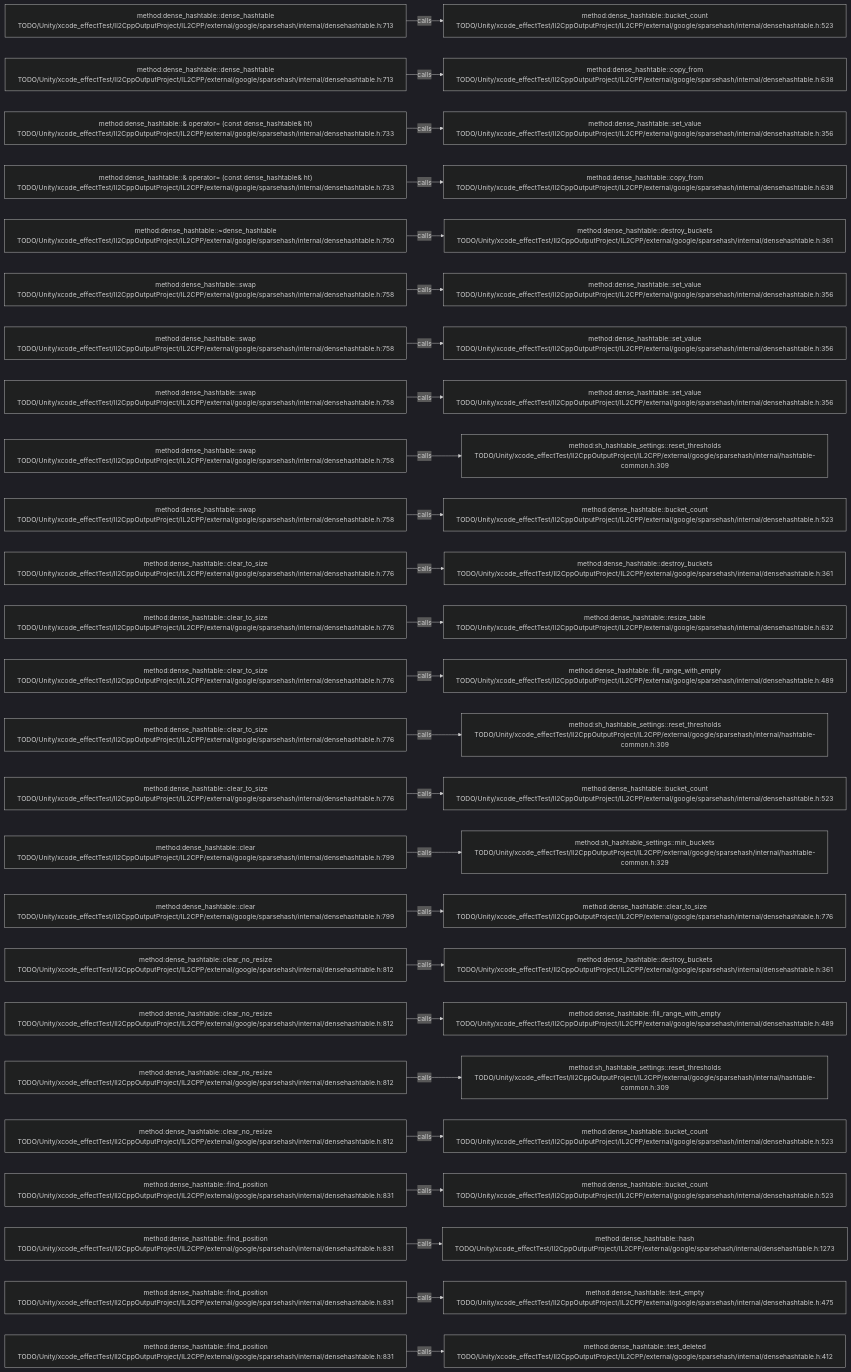
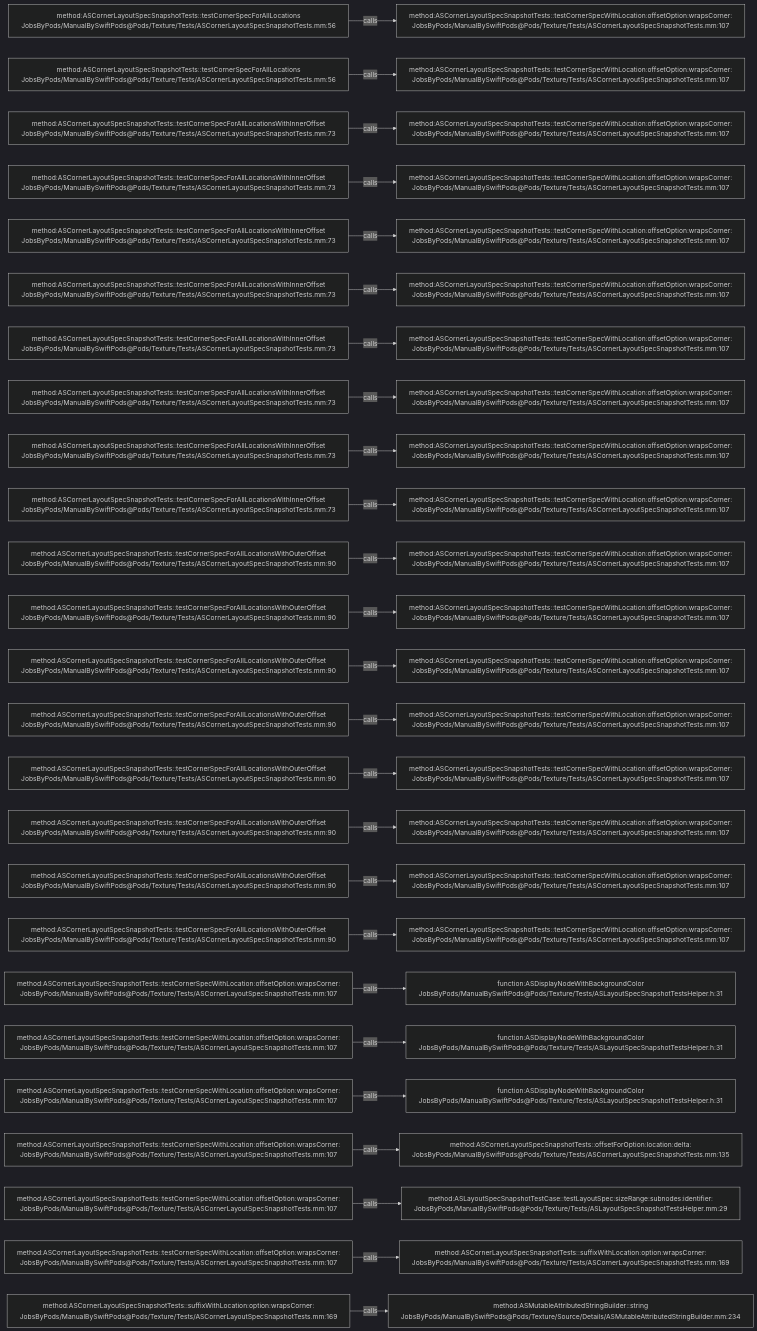
One commit to JobsKits/JobsSwiftBaseConfigDemo changed the diagram in .codegraph/codegraph.md/graphs/calls-196.md. Above: the diagram before and after it, drawn with Mermaid (dark theme). The commit also changed 2959 other files, not shown here.

````diff
--- a/.codegraph/codegraph.md/graphs/calls-196.md
+++ b/.codegraph/codegraph.md/graphs/calls-196.md
@@ -13,78 +13,78 @@
 ```mermaid
 flowchart LR
-  S1["method:dense_hashtable::dense_hashtable<br/>TODO/Unity/xcode_effectTest/Il2CppOutputProject/IL2CPP/external/google/sparsehash/internal/densehashtable.h:713"]
-  T1["method:dense_hashtable::bucket_count<br/>TODO/Unity/xcode_effectTest/Il2CppOutputProject/IL2CPP/external/google/sparsehash/internal/densehashtable.h:523"]
+  S1["method:ASCornerLayoutSpecSnapshotTests::testCornerSpecForAllLocations<br/>JobsByPods/ManualBySwiftPods@Pods/Texture/Tests/ASCornerLayoutSpecSnapshotTests.mm:56"]
+  T1["method:ASCornerLayoutSpecSnapshotTests::testCornerSpecWithLocation:offsetOption:wrapsCorner:<br/>JobsByPods/ManualBySwiftPods@Pods/Texture/Tests/ASCornerLayoutSpecSnapshotTests.mm:107"]
   S1 -->|calls| T1
-  S2["method:dense_hashtable::dense_hashtable<br/>TODO/Unity/xcode_effectTest/Il2CppOutputProject/IL2CPP/external/google/sparsehash/internal/densehashtable.h:713"]
-  T2["method:dense_hashtable::copy_from<br/>TODO/Unity/xcode_effectTest/Il2CppOutputProject/IL2CPP/external/google/sparsehash/internal/densehashtable.h:638"]
+  S2["method:ASCornerLayoutSpecSnapshotTests::testCornerSpecForAllLocations<br/>JobsByPods/ManualBySwiftPods@Pods/Texture/Tests/ASCornerLayoutSpecSnapshotTests.mm:56"]
+  T2["method:ASCornerLayoutSpecSnapshotTests::testCornerSpecWithLocation:offsetOption:wrapsCorner:<br/>JobsByPods/ManualBySwiftPods@Pods/Texture/Tests/ASCornerLayoutSpecSnapshotTests.mm:107"]
   S2 -->|calls| T2
-  S3["method:dense_hashtable::& operator= (const dense_hashtable& ht)<br/>TODO/Unity/xcode_effectTest/Il2CppOutputProject/IL2CPP/external/google/sparsehash/internal/densehashtable.h:733"]
-  T3["method:dense_hashtable::set_value<br/>TODO/Unity/xcode_effectTest/Il2CppOutputProject/IL2CPP/external/google/sparsehash/internal/densehashtable.h:356"]
+  S3["method:ASCornerLayoutSpecSnapshotTests::testCornerSpecForAllLocationsWithInnerOffset<br/>JobsByPods/ManualBySwiftPods@Pods/Texture/Tests/ASCornerLayoutSpecSnapshotTests.mm:73"]
+  T3["method:ASCornerLayoutSpecSnapshotTests::testCornerSpecWithLocation:offsetOption:wrapsCorner:<br/>JobsByPods/ManualBySwiftPods@Pods/Texture/Tests/ASCornerLayoutSpecSnapshotTests.mm:107"]
   S3 -->|calls| T3
-  S4["method:dense_hashtable::& operator= (const dense_hashtable& ht)<br/>TODO/Unity/xcode_effectTest/Il2CppOutputProject/IL2CPP/external/google/sparsehash/internal/densehashtable.h:733"]
-  T4["method:dense_hashtable::copy_from<br/>TODO/Unity/xcode_effectTest/Il2CppOutputProject/IL2CPP/external/google/sparsehash/internal/densehashtable.h:638"]
+  S4["method:ASCornerLayoutSpecSnapshotTests::testCornerSpecForAllLocationsWithInnerOffset<br/>JobsByPods/ManualBySwiftPods@Pods/Texture/Tests/ASCornerLayoutSpecSnapshotTests.mm:73"]
+  T4["method:ASCornerLayoutSpecSnapshotTests::testCornerSpecWithLocation:offsetOption:wrapsCorner:<br/>JobsByPods/ManualBySwiftPods@Pods/Texture/Tests/ASCornerLayoutSpecSnapshotTests.mm:107"]
   S4 -->|calls| T4
-  S5["method:dense_hashtable::~dense_hashtable<br/>TODO/Unity/xcode_effectTest/Il2CppOutputProject/IL2CPP/external/google/sparsehash/internal/densehashtable.h:750"]
-  T5["method:dense_hashtable::destroy_buckets<br/>TODO/Unity/xcode_effectTest/Il2CppOutputProject/IL2CPP/external/google/sparsehash/internal/densehashtable.h:361"]
+  S5["method:ASCornerLayoutSpecSnapshotTests::testCornerSpecForAllLocationsWithInnerOffset<br/>JobsByPods/ManualBySwiftPods@Pods/Texture/Tests/ASCornerLayoutSpecSnapshotTests.mm:73"]
+  T5["method:ASCornerLayoutSpecSnapshotTests::testCornerSpecWithLocation:offsetOption:wrapsCorner:<br/>JobsByPods/ManualBySwiftPods@Pods/Texture/Tests/ASCornerLayoutSpecSnapshotTests.mm:107"]
   S5 -->|calls| T5
-  S6["method:dense_hashtable::swap<br/>TODO/Unity/xcode_effectTest/Il2CppOutputProject/IL2CPP/external/google/sparsehash/internal/densehashtable.h:758"]
-  T6["method:dense_hashtable::set_value<br/>TODO/Unity/xcode_effectTest/Il2CppOutputProject/IL2CPP/external/google/sparsehash/internal/densehashtable.h:356"]
+  S6["method:ASCornerLayoutSpecSnapshotTests::testCornerSpecForAllLocationsWithInnerOffset<br/>JobsByPods/ManualBySwiftPods@Pods/Texture/Tests/ASCornerLayoutSpecSnapshotTests.mm:73"]
+  T6["method:ASCornerLayoutSpecSnapshotTests::testCornerSpecWithLocation:offsetOption:wrapsCorner:<br/>JobsByPods/ManualBySwiftPods@Pods/Texture/Tests/ASCornerLayoutSpecSnapshotTests.mm:107"]
   S6 -->|calls| T6
-  S7["method:dense_hashtable::swap<br/>TODO/Unity/xcode_effectTest/Il2CppOutputProject/IL2CPP/external/google/sparsehash/internal/densehashtable.h:758"]
-  T7["method:dense_hashtable::set_value<br/>TODO/Unity/xcode_effectTest/Il2CppOutputProject/IL2CPP/external/google/sparsehash/internal/densehashtable.h:356"]
+  S7["method:ASCornerLayoutSpecSnapshotTests::testCornerSpecForAllLocationsWithInnerOffset<br/>JobsByPods/ManualBySwiftPods@Pods/Texture/Tests/ASCornerLayoutSpecSnapshotTests.mm:73"]
+  T7["method:ASCornerLayoutSpecSnapshotTests::testCornerSpecWithLocation:offsetOption:wrapsCorner:<br/>JobsByPods/ManualBySwiftPods@Pods/Texture/Tests/ASCornerLayoutSpecSnapshotTests.mm:107"]
   S7 -->|calls| T7
-  S8["method:dense_hashtable::swap<br/>TODO/Unity/xcode_effectTest/Il2CppOutputProject/IL2CPP/external/google/sparsehash/internal/densehashtable.h:758"]
-  T8["method:dense_hashtable::set_value<br/>TODO/Unity/xcode_effectTest/Il2CppOutputProject/IL2CPP/external/google/sparsehash/internal/densehashtable.h:356"]
+  S8["method:ASCornerLayoutSpecSnapshotTests::testCornerSpecForAllLocationsWithInnerOffset<br/>JobsByPods/ManualBySwiftPods@Pods/Texture/Tests/ASCornerLayoutSpecSnapshotTests.mm:73"]
+  T8["method:ASCornerLayoutSpecSnapshotTests::testCornerSpecWithLocation:offsetOption:wrapsCorner:<br/>JobsByPods/ManualBySwiftPods@Pods/Texture/Tests/ASCornerLayoutSpecSnapshotTests.mm:107"]
   S8 -->|calls| T8
-  S9["method:dense_hashtable::swap<br/>TODO/Unity/xcode_effectTest/Il2CppOutputProject/IL2CPP/external/google/sparsehash/internal/densehashtable.h:758"]
-  T9["method:sh_hashtable_settings::reset_thresholds<br/>TODO/Unity/xcode_effectTest/Il2CppOutputProject/IL2CPP/external/google/sparsehash/internal/hashtable-common.h:309"]
+  S9["method:ASCornerLayoutSpecSnapshotTests::testCornerSpecForAllLocationsWithInnerOffset<br/>JobsByPods/ManualBySwiftPods@Pods/Texture/Tests/ASCornerLayoutSpecSnapshotTests.mm:73"]
+  T9["method:ASCornerLayoutSpecSnapshotTests::testCornerSpecWithLocation:offsetOption:wrapsCorner:<br/>JobsByPods/ManualBySwiftPods@Pods/Texture/Tests/ASCornerLayoutSpecSnapshotTests.mm:107"]
   S9 -->|calls| T9
-  S10["method:dense_hashtable::swap<br/>TODO/Unity/xcode_effectTest/Il2CppOutputProject/IL2CPP/external/google/sparsehash/internal/densehashtable.h:758"]
-  T10["method:dense_hashtable::bucket_count<br/>TODO/Unity/xcode_effectTest/Il2CppOutputProject/IL2CPP/external/google/sparsehash/internal/densehashtable.h:523"]
+  S10["method:ASCornerLayoutSpecSnapshotTests::testCornerSpecForAllLocationsWithInnerOffset<br/>JobsByPods/ManualBySwiftPods@Pods/Texture/Tests/ASCornerLayoutSpecSnapshotTests.mm:73"]
+  T10["method:ASCornerLayoutSpecSnapshotTests::testCornerSpecWithLocation:offsetOption:wrapsCorner:<br/>JobsByPods/ManualBySwiftPods@Pods/Texture/Tests/ASCornerLayoutSpecSnapshotTests.mm:107"]
   S10 -->|calls| T10
-  S11["method:dense_hashtable::clear_to_size<br/>TODO/Unity/xcode_effectTest/Il2CppOutputProject/IL2CPP/external/google/sparsehash/internal/densehashtable.h:776"]
-  T11["method:dense_hashtable::destroy_buckets<br/>TODO/Unity/xcode_effectTest/Il2CppOutputProject/IL2CPP/external/google/sparsehash/internal/densehashtable.h:361"]
+  S11["method:ASCornerLayoutSpecSnapshotTests::testCornerSpecForAllLocationsWithOuterOffset<br/>JobsByPods/ManualBySwiftPods@Pods/Texture/Tests/ASCornerLayoutSpecSnapshotTests.mm:90"]
+  T11["method:ASCornerLayoutSpecSnapshotTests::testCornerSpecWithLocation:offsetOption:wrapsCorner:<br/>JobsByPods/ManualBySwiftPods@Pods/Texture/Tests/ASCornerLayoutSpecSnapshotTests.mm:107"]
   S11 -->|calls| T11
-  S12["method:dense_hashtable::clear_to_size<br/>TODO/Unity/xcode_effectTest/Il2CppOutputProject/IL2CPP/external/google/sparsehash/internal/densehashtable.h:776"]
-  T12["method:dense_hashtable::resize_table<br/>TODO/Unity/xcode_effectTest/Il2CppOutputProject/IL2CPP/external/google/sparsehash/internal/densehashtable.h:632"]
+  S12["method:ASCornerLayoutSpecSnapshotTests::testCornerSpecForAllLocationsWithOuterOffset<br/>JobsByPods/ManualBySwiftPods@Pods/Texture/Tests/ASCornerLayoutSpecSnapshotTests.mm:90"]
+  T12["method:ASCornerLayoutSpecSnapshotTests::testCornerSpecWithLocation:offsetOption:wrapsCorner:<br/>JobsByPods/ManualBySwiftPods@Pods/Texture/Tests/ASCornerLayoutSpecSnapshotTests.mm:107"]
   S12 -->|calls| T12
-  S13["method:dense_hashtable::clear_to_size<br/>TODO/Unity/xcode_effectTest/Il2CppOutputProject/IL2CPP/external/google/sparsehash/internal/densehashtable.h:776"]
-  T13["method:dense_hashtable::fill_range_with_empty<br/>TODO/Unity/xcode_effectTest/Il2CppOutputProject/IL2CPP/external/google/sparsehash/internal/densehashtable.h:489"]
+  S13["method:ASCornerLayoutSpecSnapshotTests::testCornerSpecForAllLocationsWithOuterOffset<br/>JobsByPods/ManualBySwiftPods@Pods/Texture/Tests/ASCornerLayoutSpecSnapshotTests.mm:90"]
+  T13["method:ASCornerLayoutSpecSnapshotTests::testCornerSpecWithLocation:offsetOption:wrapsCorner:<br/>JobsByPods/ManualBySwiftPods@Pods/Texture/Tests/ASCornerLayoutSpecSnapshotTests.mm:107"]
   S13 -->|calls| T13
-  S14["method:dense_hashtable::clear_to_size<br/>TODO/Unity/xcode_effectTest/Il2CppOutputProject/IL2CPP/external/google/sparsehash/internal/densehashtable.h:776"]
-  T14["method:sh_hashtable_settings::reset_thresholds<br/>TODO/Unity/xcode_effectTest/Il2CppOutputProject/IL2CPP/external/google/sparsehash/internal/hashtable-common.h:309"]
+  S14["method:ASCornerLayoutSpecSnapshotTests::testCornerSpecForAllLocationsWithOuterOffset<br/>JobsByPods/ManualBySwiftPods@Pods/Texture/Tests/ASCornerLayoutSpecSnapshotTests.mm:90"]
+  T14["method:ASCornerLayoutSpecSnapshotTests::testCornerSpecWithLocation:offsetOption:wrapsCorner:<br/>JobsByPods/ManualBySwiftPods@Pods/Texture/Tests/ASCornerLayoutSpecSnapshotTests.mm:107"]
   S14 -->|calls| T14
-  S15["method:dense_hashtable::clear_to_size<br/>TODO/Unity/xcode_effectTest/Il2CppOutputProject/IL2CPP/external/google/sparsehash/internal/densehashtable.h:776"]
-  T15["method:dense_hashtable::bucket_count<br/>TODO/Unity/xcode_effectTest/Il2CppOutputProject/IL2CPP/external/google/sparsehash/internal/densehashtable.h:523"]
+  S15["method:ASCornerLayoutSpecSnapshotTests::testCornerSpecForAllLocationsWithOuterOffset<br/>JobsByPods/ManualBySwiftPods@Pods/Texture/Tests/ASCornerLayoutSpecSnapshotTests.mm:90"]
+  T15["method:ASCornerLayoutSpecSnapshotTests::testCornerSpecWithLocation:offsetOption:wrapsCorner:<br/>JobsByPods/ManualBySwiftPods@Pods/Texture/Tests/ASCornerLayoutSpecSnapshotTests.mm:107"]
   S15 -->|calls| T15
-  S16["method:dense_hashtable::clear<br/>TODO/Unity/xcode_effectTest/Il2CppOutputProject/IL2CPP/external/google/sparsehash/internal/densehashtable.h:799"]
-  T16["method:sh_hashtable_settings::min_buckets<br/>TODO/Unity/xcode_effectTest/Il2CppOutputProject/IL2CPP/external/google/sparsehash/internal/hashtable-common.h:329"]
+  S16["method:ASCornerLayoutSpecSnapshotTests::testCornerSpecForAllLocationsWithOuterOffset<br/>JobsByPods/ManualBySwiftPods@Pods/Texture/Tests/ASCornerLayoutSpecSnapshotTests.mm:90"]
+  T16["method:ASCornerLayoutSpecSnapshotTests::testCornerSpecWithLocation:offsetOption:wrapsCorner:<br/>JobsByPods/ManualBySwiftPods@Pods/Texture/Tests/ASCornerLayoutSpecSnapshotTests.mm:107"]
   S16 -->|calls| T16
-  S17["method:dense_hashtable::clear<br/>TODO/Unity/xcode_effectTest/Il2CppOutputProject/IL2CPP/external/google/sparsehash/internal/densehashtable.h:799"]
-  T17["method:dense_hashtable::clear_to_size<br/>TODO/Unity/xcode_effectTest/Il2CppOutputProject/IL2CPP/external/google/sparsehash/internal/densehashtable.h:776"]
+  S17["method:ASCornerLayoutSpecSnapshotTests::testCornerSpecForAllLocationsWithOuterOffset<br/>JobsByPods/ManualBySwiftPods@Pods/Texture/Tests/ASCornerLayoutSpecSnapshotTests.mm:90"]
+  T17["method:ASCornerLayoutSpecSnapshotTests::testCornerSpecWithLocation:offsetOption:wrapsCorner:<br/>JobsByPods/ManualBySwiftPods@Pods/Texture/Tests/ASCornerLayoutSpecSnapshotTests.mm:107"]
   S17 -->|calls| T17
-  S18["method:dense_hashtable::clear_no_resize<br/>TODO/Unity/xcode_effectTest/Il2CppOutputProject/IL2CPP/external/google/sparsehash/internal/densehashtable.h:812"]
-  T18["method:dense_hashtable::destroy_buckets<br/>TODO/Unity/xcode_effectTest/Il2CppOutputProject/IL2CPP/external/google/sparsehash/internal/densehashtable.h:361"]
+  S18["method:ASCornerLayoutSpecSnapshotTests::testCornerSpecForAllLocationsWithOuterOffset<br/>JobsByPods/ManualBySwiftPods@Pods/Texture/Tests/ASCornerLayoutSpecSnapshotTests.mm:90"]
+  T18["method:ASCornerLayoutSpecSnapshotTests::testCornerSpecWithLocation:offsetOption:wrapsCorner:<br/>JobsByPods/ManualBySwiftPods@Pods/Texture/Tests/ASCornerLayoutSpecSnapshotTests.mm:107"]
   S18 -->|calls| T18
-  S19["method:dense_hashtable::clear_no_resize<br/>TODO/Unity/xcode_effectTest/Il2CppOutputProject/IL2CPP/external/google/sparsehash/internal/densehashtable.h:812"]
-  T19["method:dense_hashtable::fill_range_with_empty<br/>TODO/Unity/xcode_effectTest/Il2CppOutputProject/IL2CPP/external/google/sparsehash/internal/densehashtable.h:489"]
+  S19["method:ASCornerLayoutSpecSnapshotTests::testCornerSpecWithLocation:offsetOption:wrapsCorner:<br/>JobsByPods/ManualBySwiftPods@Pods/Texture/Tests/ASCornerLayoutSpecSnapshotTests.mm:107"]
+  T19["function:ASDisplayNodeWithBackgroundColor<br/>JobsByPods/ManualBySwiftPods@Pods/Texture/Tests/ASLayoutSpecSnapshotTestsHelper.h:31"]
   S19 -->|calls| T19
-  S20["method:dense_hashtable::clear_no_resize<br/>TODO/Unity/xcode_effectTest/Il2CppOutputProject/IL2CPP/external/google/sparsehash/internal/densehashtable.h:812"]
-  T20["method:sh_hashtable_settings::reset_thresholds<br/>TODO/Unity/xcode_effectTest/Il2CppOutputProject/IL2CPP/external/google/sparsehash/internal/hashtable-common.h:309"]
+  S20["method:ASCornerLayoutSpecSnapshotTests::testCornerSpecWithLocation:offsetOption:wrapsCorner:<br/>JobsByPods/ManualBySwiftPods@Pods/Texture/Tests/ASCornerLayoutSpecSnapshotTests.mm:107"]
+  T20["function:ASDisplayNodeWithBackgroundColor<br/>JobsByPods/ManualBySwiftPods@Pods/Texture/Tests/ASLayoutSpecSnapshotTestsHelper.h:31"]
   S20 -->|calls| T20
-  S21["method:dense_hashtable::clear_no_resize<br/>TODO/Unity/xcode_effectTest/Il2CppOutputProject/IL2CPP/external/google/sparsehash/internal/densehashtable.h:812"]
-  T21["method:dense_hashtable::bucket_count<br/>TODO/Unity/xcode_effectTest/Il2CppOutputProject/IL2CPP/external/google/sparsehash/internal/densehashtable.h:523"]
+  S21["method:ASCornerLayoutSpecSnapshotTests::testCornerSpecWithLocation:offsetOption:wrapsCorner:<br/>JobsByPods/ManualBySwiftPods@Pods/Texture/Tests/ASCornerLayoutSpecSnapshotTests.mm:107"]
+  T21["function:ASDisplayNodeWithBackgroundColor<br/>JobsByPods/ManualBySwiftPods@Pods/Texture/Tests/ASLayoutSpecSnapshotTestsHelper.h:31"]
   S21 -->|calls| T21
-  S22["method:dense_hashtable::find_position<br/>TODO/Unity/xcode_effectTest/Il2CppOutputProject/IL2CPP/external/google/sparsehash/internal/densehashtable.h:831"]
-  T22["method:dense_hashtable::bucket_count<br/>TODO/Unity/xcode_effectTest/Il2CppOutputProject/IL2CPP/external/google/sparsehash/internal/densehashtable.h:523"]
+  S22["method:ASCornerLayoutSpecSnapshotTests::testCornerSpecWithLocation:offsetOption:wrapsCorner:<br/>JobsByPods/ManualBySwiftPods@Pods/Texture/Tests/ASCornerLayoutSpecSnapshotTests.mm:107"]
+  T22["method:ASCornerLayoutSpecSnapshotTests::offsetForOption:location:delta:<br/>JobsByPods/ManualBySwiftPods@Pods/Texture/Tests/ASCornerLayoutSpecSnapshotTests.mm:135"]
   S22 -->|calls| T22
-  S23["method:dense_hashtable::find_position<br/>TODO/Unity/xcode_effectTest/Il2CppOutputProject/IL2CPP/external/google/sparsehash/internal/densehashtable.h:831"]
-  T23["method:dense_hashtable::hash<br/>TODO/Unity/xcode_effectTest/Il2CppOutputProject/IL2CPP/external/google/sparsehash/internal/densehashtable.h:1273"]
+  S23["method:ASCornerLayoutSpecSnapshotTests::testCornerSpecWithLocation:offsetOption:wrapsCorner:<br/>JobsByPods/ManualBySwiftPods@Pods/Texture/Tests/ASCornerLayoutSpecSnapshotTests.mm:107"]
+  T23["method:ASLayoutSpecSnapshotTestCase::testLayoutSpec:sizeRange:subnodes:identifier:<br/>JobsByPods/ManualBySwiftPods@Pods/Texture/Tests/ASLayoutSpecSnapshotTestsHelper.mm:29"]
   S23 -->|calls| T23
-  S24["method:dense_hashtable::find_position<br/>TODO/Unity/xcode_effectTest/Il2CppOutputProject/IL2CPP/external/google/sparsehash/internal/densehashtable.h:831"]
-  T24["method:dense_hashtable::test_empty<br/>TODO/Unity/xcode_effectTest/Il2CppOutputProject/IL2CPP/external/google/sparsehash/internal/densehashtable.h:475"]
+  S24["method:ASCornerLayoutSpecSnapshotTests::testCornerSpecWithLocation:offsetOption:wrapsCorner:<br/>JobsByPods/ManualBySwiftPods@Pods/Texture/Tests/ASCornerLayoutSpecSnapshotTests.mm:107"]
+  T24["method:ASCornerLayoutSpecSnapshotTests::suffixWithLocation:option:wrapsCorner:<br/>JobsByPods/ManualBySwiftPods@Pods/Texture/Tests/ASCornerLayoutSpecSnapshotTests.mm:169"]
   S24 -->|calls| T24
-  S25["method:dense_hashtable::find_position<br/>TODO/Unity/xcode_effectTest/Il2CppOutputProject/IL2CPP/external/google/sparsehash/internal/densehashtable.h:831"]
-  T25["method:dense_hashtable::test_deleted<br/>TODO/Unity/xcode_effectTest/Il2CppOutputProject/IL2CPP/external/google/sparsehash/internal/densehashtable.h:412"]
+  S25["method:ASCornerLayoutSpecSnapshotTests::suffixWithLocation:option:wrapsCorner:<br/>JobsByPods/ManualBySwiftPods@Pods/Texture/Tests/ASCornerLayoutSpecSnapshotTests.mm:169"]
+  T25["method:ASMutableAttributedStringBuilder::string<br/>JobsByPods/ManualBySwiftPods@Pods/Texture/Source/Details/ASMutableAttributedStringBuilder.mm:234"]
   S25 -->|calls| T25
 ```
````
